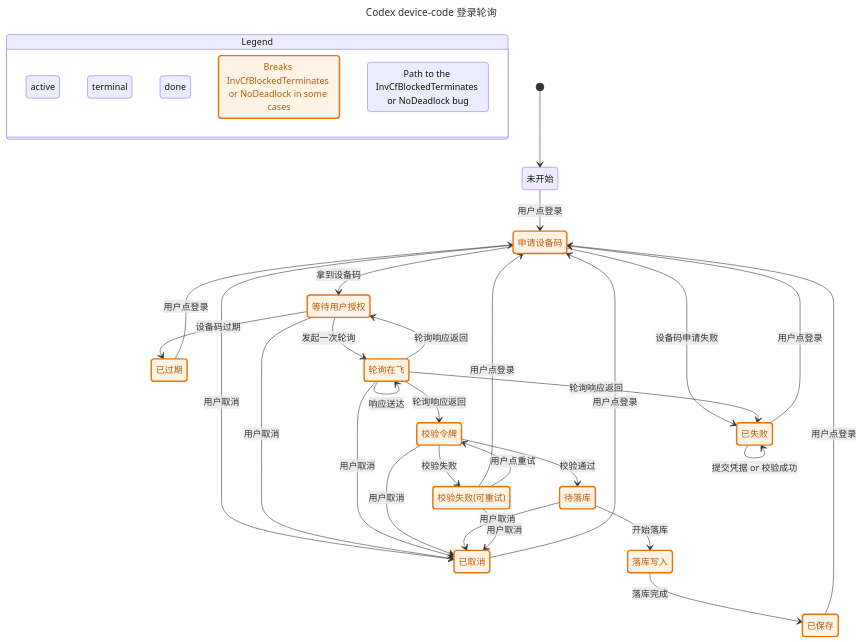
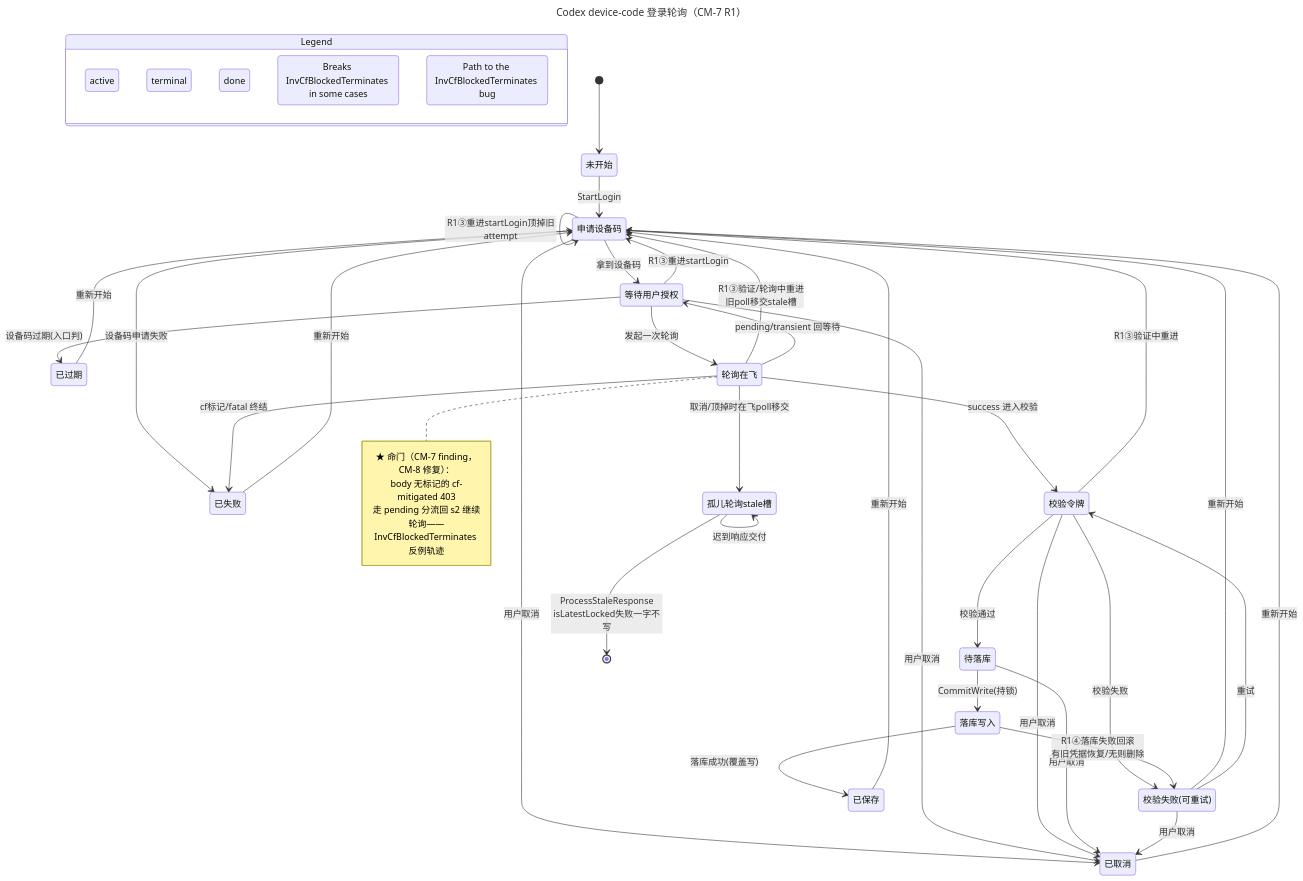
The diagram in docs/formal/device-code-oauth.mmd (KyoMio/CodexMeter), drawn with Mermaid before and after one commit. The commit also changed 45 other files, not shown here.

```diff
--- a/docs/formal/device-code-oauth.mmd
+++ b/docs/formal/device-code-oauth.mmd
@@ -1,84 +1,80 @@
 ---
-title: "Codex device-code 登录轮询"
+title: "Codex device-code 登录轮询（CM-7 R1）"
 ---
 stateDiagram-v2
   state "Legend" as legend {
     lg0: active
     lg1: terminal
     lg2: done
-    lg3: Breaks InvCfBlockedTerminates or NoDeadlock in some cases
-    lg4: Path to the InvCfBlockedTerminates or NoDeadlock bug
+    lg3: Breaks InvCfBlockedTerminates in some cases
+    lg4: Path to the InvCfBlockedTerminates bug
   }
   class lg0 blue
   class lg1 orange
   class lg2 teal
   class lg3 mayBreak
   class lg4 bugPath
   s0: 未开始
   s1: 申请设备码
   s2: 等待用户授权
   s3: 已取消
   s4: 已失败
   s5: 已过期
   s6: 轮询在飞
   s7: 校验令牌
   s8: 待落库
   s9: 校验失败(可重试)
   s10: 落库写入
   s11: 已保存
+  s12: 孤儿轮询stale槽
   [*] --> s0
-  s0 --> s1: 用户点登录
+  s0 --> s1: StartLogin
   s1 --> s2: 拿到设备码
   s1 --> s3: 用户取消
   s1 --> s4: 设备码申请失败
+  s1 --> s1: R1③重进startLogin顶掉旧attempt
   s2 --> s3: 用户取消
-  s2 --> s5: 设备码过期
+  s2 --> s5: 设备码过期(入口判)
   s2 --> s6: 发起一次轮询
-  s3 --> s1: 用户点登录
-  s4 --> s1: 用户点登录
-  s5 --> s1: 用户点登录
-  s6 --> s3: 用户取消
-  s6 --> s6: 响应送达
-  s4 --> s4: 提交凭据 or 校验成功
-  s6 --> s4: 轮询响应返回
-  s6 --> s2: 轮询响应返回
-  s6 --> s7: 轮询响应返回
+  s2 --> s1: R1③重进startLogin
+  s3 --> s1: 重新开始
+  s4 --> s1: 重新开始
+  s5 --> s1: 重新开始
+  s6 --> s1: R1③验证/轮询中重进<br/>旧poll移交stale槽
+  s6 --> s2: pending/transient 回等待
+  s6 --> s4: cf标记/fatal 终结
+  s6 --> s7: success 进入校验
+  s7 --> s1: R1③验证中重进
   s7 --> s3: 用户取消
   s7 --> s8: 校验通过
   s7 --> s9: 校验失败
   s8 --> s3: 用户取消
-  s8 --> s10: 开始落库
+  s8 --> s10: CommitWrite(持锁)
+  s9 --> s1: 重新开始
   s9 --> s3: 用户取消
-  s9 --> s1: 用户点登录
-  s9 --> s7: 用户点重试
-  s10 --> s11: 落库完成
-  s11 --> s1: 用户点登录
-  classDef mayBreak fill:#fff3e6,stroke:#e8730c,stroke-width:2.5px,color:#b85a06
+  s9 --> s7: 重试
+  s10 --> s11: 落库成功(覆盖写)
+  s10 --> s9: R1④落库失败回滚<br/>有旧凭据恢复/无则删除
+  s11 --> s1: 重新开始
+  s6 --> s12: 取消/顶掉时在飞poll移交
+  s12 --> s12: 迟到响应交付
+  s12 --> [*]: ProcessStaleResponse<br/>isLatestLocked失败一字不写
   class s0 blue
-  class s0 bugPath
   class s1 blue
-  class s1 mayBreak
-  class s1 bugPath
   class s2 blue
-  class s2 mayBreak
-  class s2 bugPath
+  class s6 blue
+  class s7 blue
+  class s8 blue
+  class s9 blue
+  class s10 blue
   class s3 orange
-  class s3 mayBreak
-  class s3 bugPath
-  class s4 mayBreak
-  class s4 bugPath
+  class s4 orange
   class s5 orange
-  class s5 mayBreak
-  class s6 blue
-  class s6 mayBreak
-  class s6 bugPath
-  class s7 blue
-  class s7 mayBreak
-  class s8 blue
-  class s8 mayBreak
-  class s9 blue
-  class s9 mayBreak
-  class s10 blue
-  class s10 mayBreak
   class s11 teal
-  class s11 mayBreak
+  class s12 mayBreak
+  note right of s6
+    ★ 命门（CM-7 finding，CM-8 修复）：
+    body 无标记的 cf-mitigated 403
+    走 pending 分流回 s2 继续轮询——
+    InvCfBlockedTerminates 反例轨迹
+  end note
```
